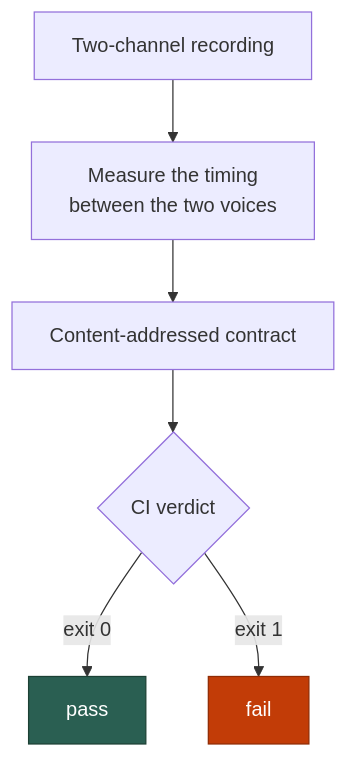
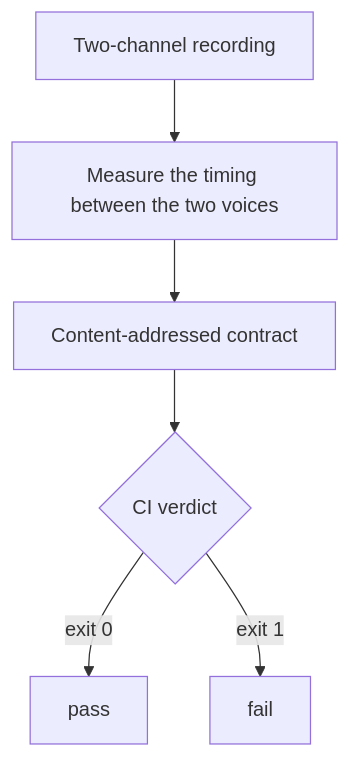
Before and after one commit to attenlabs/hotato: the diagram in README.pypi.md, drawn with Mermaid. The commit also changed 2 other files, not shown here.

Commit message:
README: vanilla mermaid syntax for the How-it-works flowchart
GitHub's mermaid renderer fails (Cannot read properties of undefined,
reading render) on the classDef/class styling block; the diagram drops
styling, quoting, and the br tag and keeps the plain flowchart, which
renders everywhere.

````diff
--- a/README.pypi.md
+++ b/README.pypi.md
@@ -187,12 +187,8 @@
 ```mermaid
 flowchart TD
-  A["Two-channel recording"] --> B["Measure the timing<br/>between the two voices"]
-  B --> C["Content-addressed contract"]
-  C --> D{"CI verdict"}
-  D -->|exit 0| E["pass"]
-  D -->|exit 1| F["fail"]
-  classDef ember fill:#c23c07,stroke:#8f2b04,color:#ffffff;
-  classDef teal fill:#2a5f52,stroke:#1c4034,color:#ffffff;
-  class F ember;
-  class E teal;
+  A[Two-channel recording] --> B[Measure the timing between the two voices]
+  B --> C[Content-addressed contract]
+  C --> D{CI verdict}
+  D -->|exit 0| E[pass]
+  D -->|exit 1| F[fail]
 ```
````
